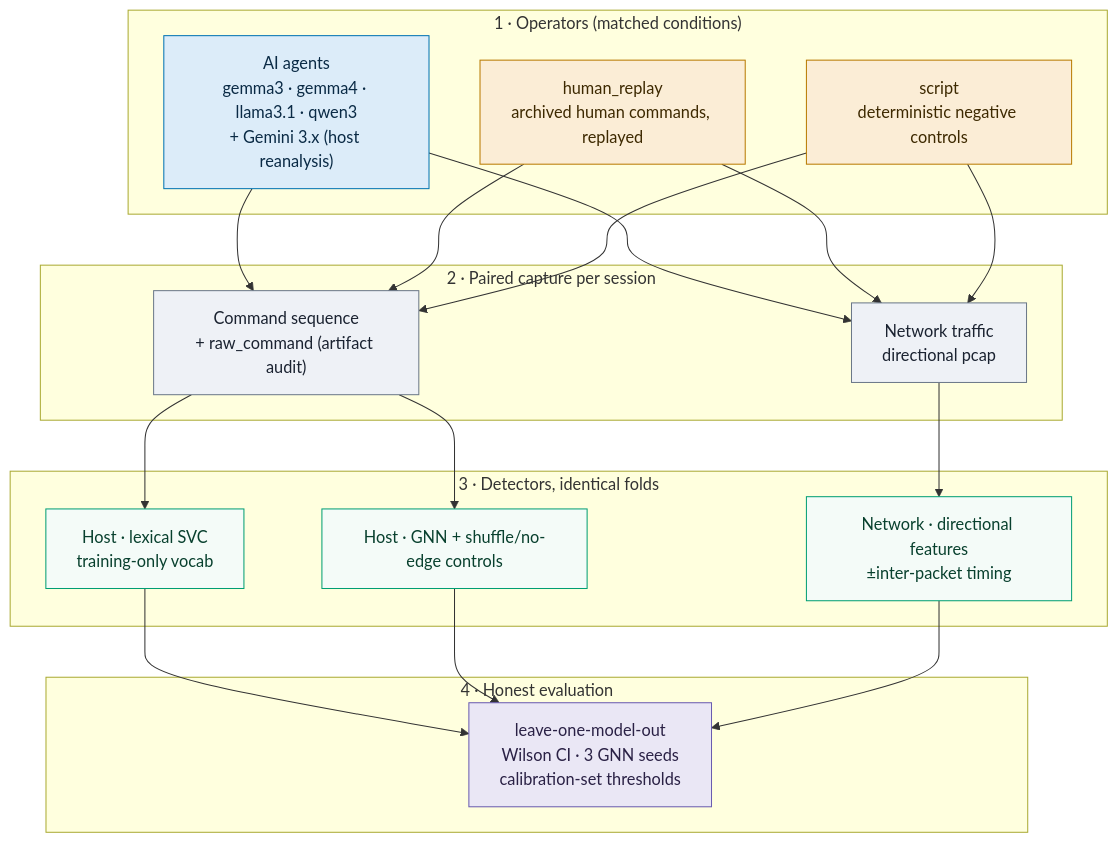
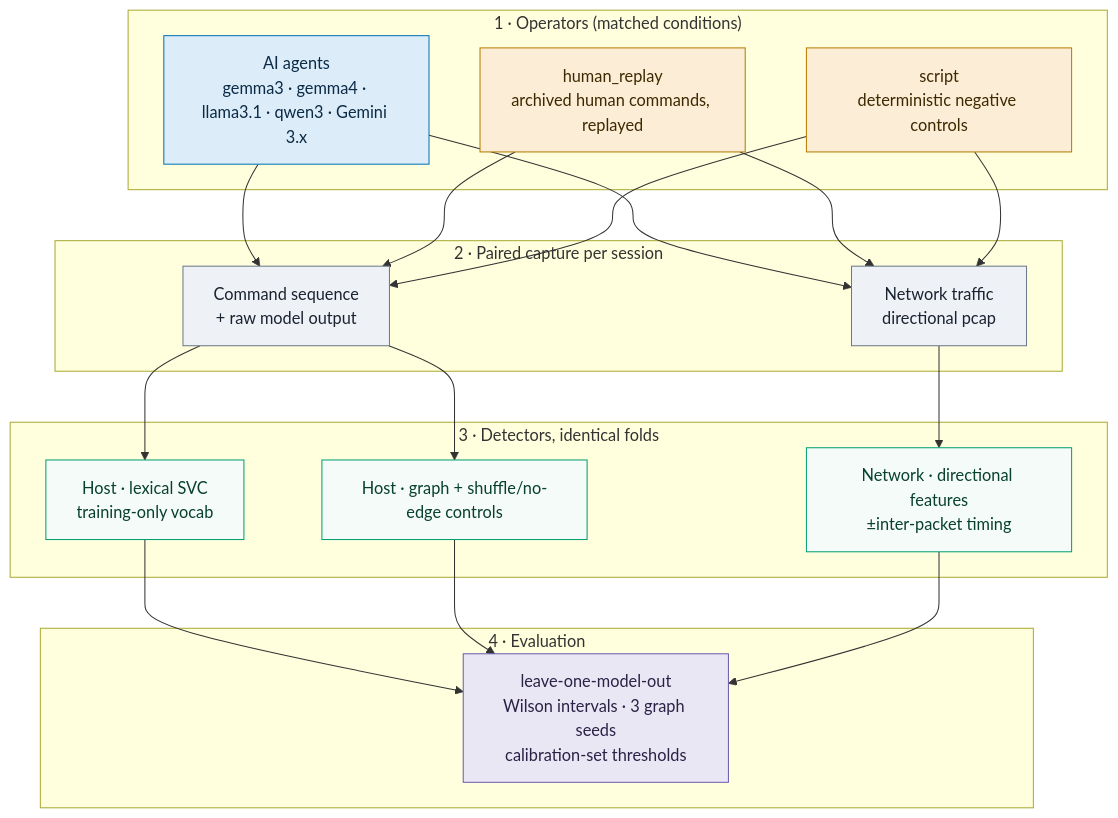
One commit to HawkPhantom/AI-Attack-IDS changed the diagram in README.md. Above: the diagram before and after it, drawn with Mermaid. The commit also changed other lines of this file and 1 other file, not shown here.

````diff
--- a/README.md
+++ b/README.md
@@ -129,42 +119,42 @@
 ```mermaid
 flowchart TB
     subgraph S1["1 · Operators (matched conditions)"]
-        AI["AI agents<br/>gemma3 · gemma4 · llama3.1 · qwen3<br/>+ Gemini 3.x (host reanalysis)"]
+        AI["AI agents<br/>gemma3 · gemma4 · llama3.1 · qwen3 · Gemini 3.x"]
         HR["human_replay<br/>archived human commands, replayed"]
         SC["script<br/>deterministic negative controls"]
     end
     subgraph S2["2 · Paired capture per session"]
-        CMD["Command sequence<br/>+ raw_command (artifact audit)"]
+        CMD["Command sequence<br/>+ raw model output"]
         PCAP["Network traffic<br/>directional pcap"]
     end
     subgraph S3["3 · Detectors, identical folds"]
         HSVC["Host · lexical SVC<br/>training-only vocab"]
-        HGNN["Host · GNN + shuffle/no-edge controls"]
+        HGNN["Host · graph + shuffle/no-edge controls"]
         NET["Network · directional features<br/>±inter-packet timing"]
     end
-    subgraph S4["4 · Honest evaluation"]
-        EV["leave-one-model-out<br/>Wilson CI · 3 GNN seeds<br/>calibration-set thresholds"]
+    subgraph S4["4 · Evaluation"]
+        EV["leave-one-model-out<br/>Wilson intervals · 3 graph seeds<br/>calibration-set thresholds"]
     end
     AI --> CMD
     AI --> PCAP
     HR --> CMD
     HR --> PCAP
     SC --> CMD
     SC --> PCAP
     CMD --> HSVC
     CMD --> HGNN
     PCAP --> NET
     HSVC --> EV
     HGNN --> EV
     NET --> EV
     classDef ai fill:#dcecf9,stroke:#0072B2,color:#0a2a45
     classDef hum fill:#fbedd6,stroke:#b87a00,color:#3d2900
     classDef cap fill:#eef1f6,stroke:#6b7889,color:#1a2230
     classDef det fill:#f4fbf8,stroke:#009E73,color:#08402e
     classDef ev fill:#eae7f5,stroke:#6a5cb0,color:#2a2145
     class AI ai
     class HR,SC hum
     class CMD,PCAP cap
     class HSVC,HGNN,NET det
     class EV ev
 ```
````
